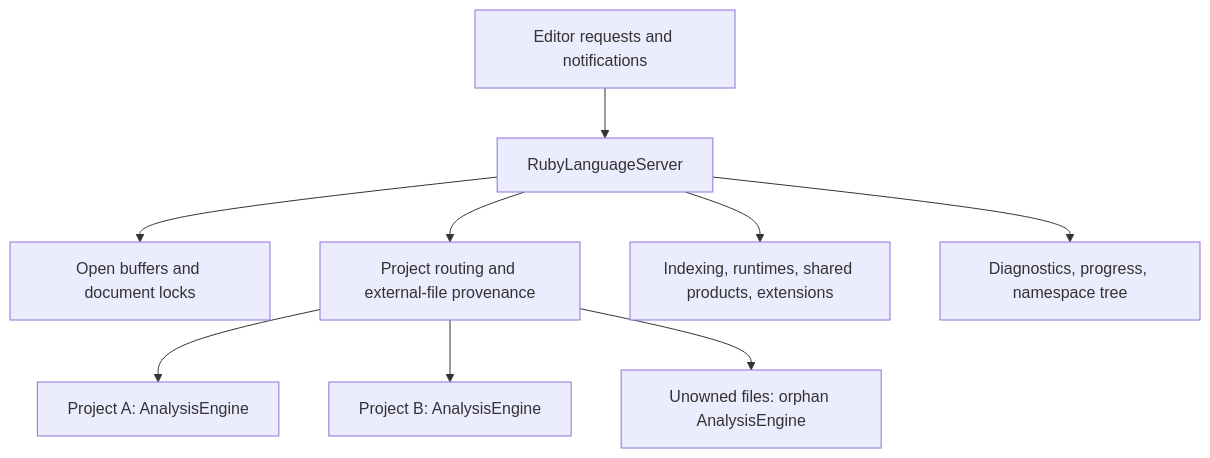
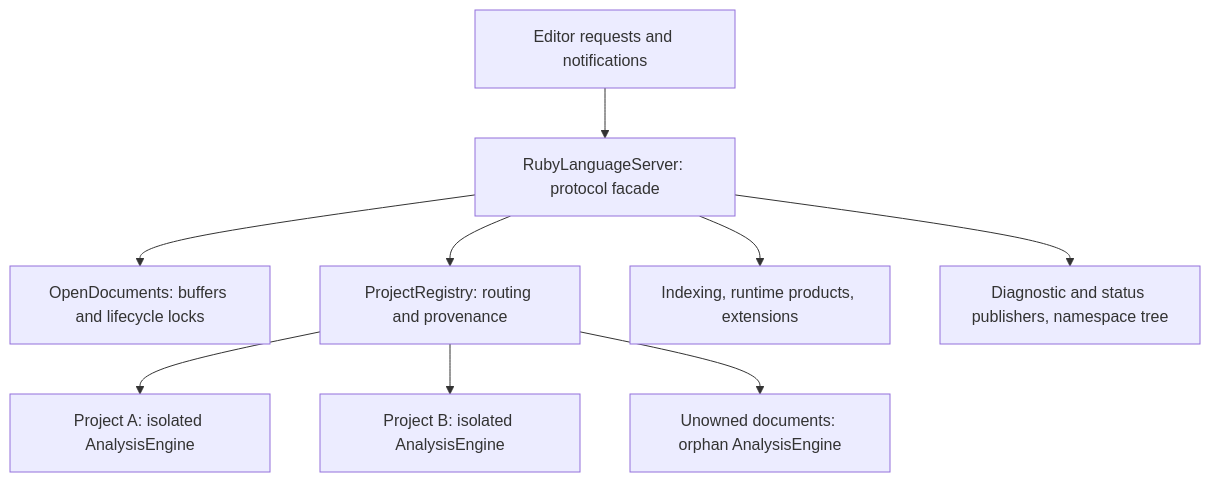
The diagram in docs/server-state-ownership.md (rajnaveen344/ruby-fast-lsp), drawn with Mermaid before and after one commit. The commit also changed other lines of this file and 60 other files, not shown here.

````diff
--- a/docs/server-state-ownership.md
+++ b/docs/server-state-ownership.md
@@ -17,11 +49,11 @@
 ```mermaid
 flowchart TD
-    LSP[Editor requests and notifications] --> Server[RubyLanguageServer]
-    Server --> Documents[Open buffers and document locks]
-    Server --> Projects[Project routing and external-file provenance]
-    Projects --> A[Project A: AnalysisEngine]
-    Projects --> B[Project B: AnalysisEngine]
-    Projects --> Orphan[Unowned files: orphan AnalysisEngine]
-    Server --> Services[Indexing, runtimes, shared products, extensions]
-    Server --> Output[Diagnostics, progress, namespace tree]
+    LSP[Editor requests and notifications] --> Server[RubyLanguageServer: protocol facade]
+    Server --> Documents[OpenDocuments: buffers and lifecycle locks]
+    Server --> Projects[ProjectRegistry: routing and provenance]
+    Projects --> A[Project A: isolated AnalysisEngine]
+    Projects --> B[Project B: isolated AnalysisEngine]
+    Projects --> Orphan[Unowned documents: orphan AnalysisEngine]
+    Server --> Services[Indexing, runtime products, extensions]
+    Server --> Output[Diagnostic and status publishers, namespace tree]
 ```
````
